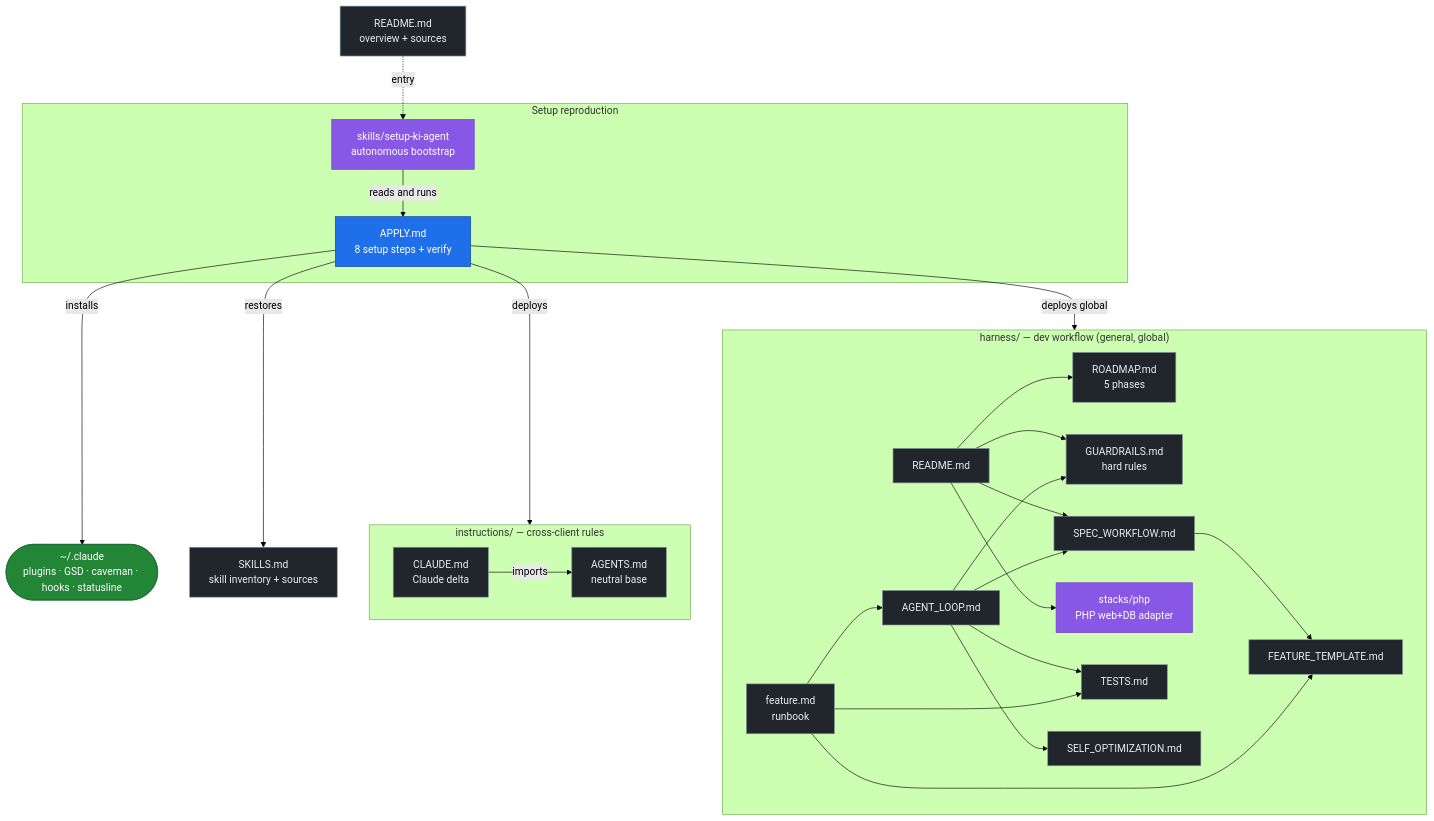
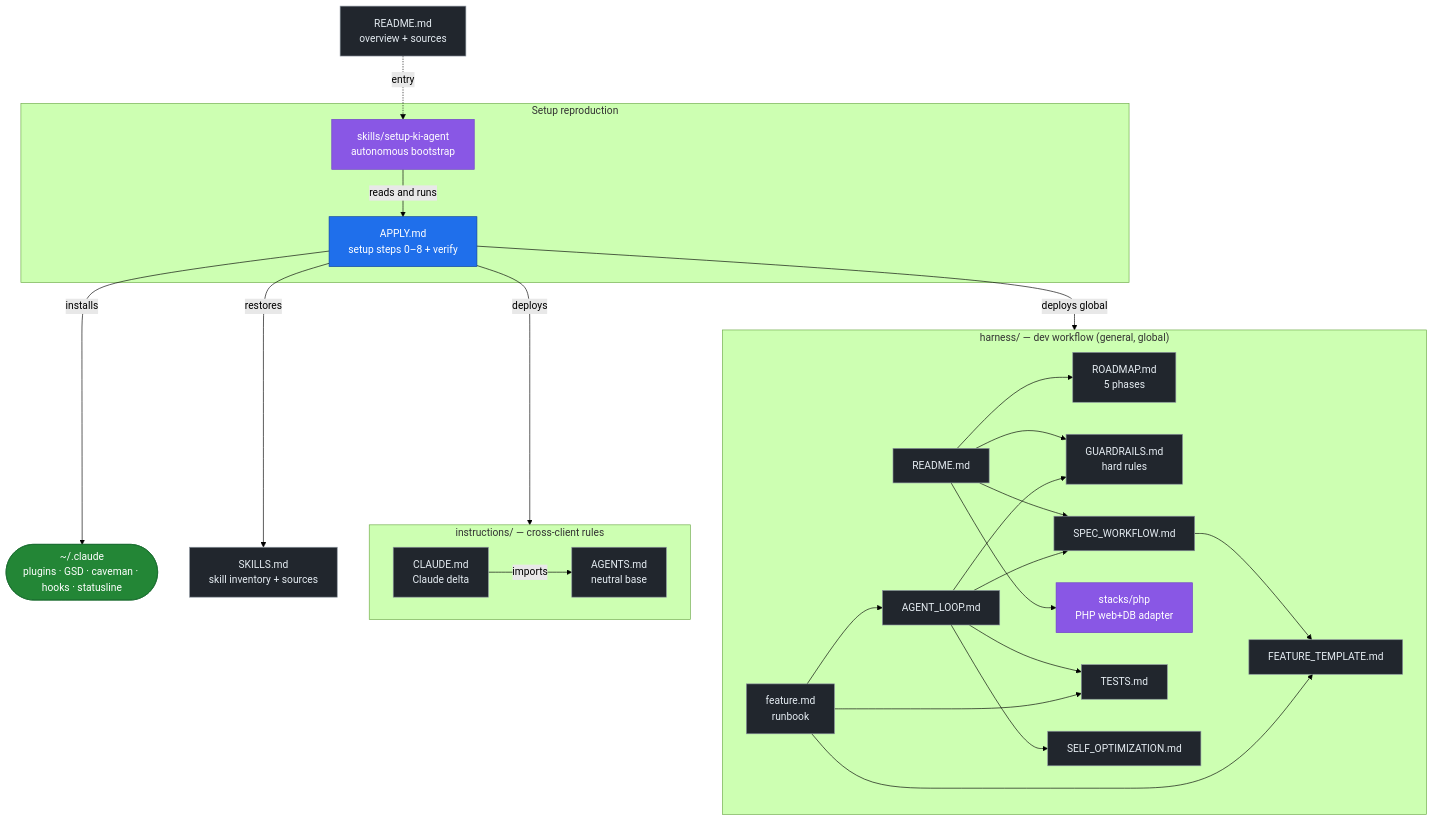
Before and after one commit to derivo/ki-agent-setup: the diagram in README.en.md, drawn with Mermaid (forest theme). The commit also changed other lines of this file and 9 other files, not shown here.

````diff
--- a/README.en.md
+++ b/README.en.md
@@ -129,47 +132,47 @@
 ```mermaid
 flowchart TD
     README["README.md<br/>overview + sources"]:::doc
 
     subgraph SETUP[" Setup reproduction "]
         SKILL["skills/setup-ki-agent<br/>autonomous bootstrap"]:::skill
-        APPLY["APPLY.md<br/>8 setup steps + verify"]:::core
+        APPLY["APPLY.md<br/>setup steps 0–8 + verify"]:::core
         SKILL -->|reads and runs| APPLY
     end
 
     subgraph INSTR[" instructions/ — cross-client rules "]
         AGENTS["AGENTS.md<br/>neutral base"]:::doc
         CLAUDE["CLAUDE.md<br/>Claude delta"]:::doc
         CLAUDE -->|imports| AGENTS
     end
 
     SKILLS["SKILLS.md<br/>skill inventory + sources"]:::doc
     TOOLS(["~/.claude<br/>plugins · GSD · caveman · hooks · statusline"]):::target
 
     subgraph HARN[" harness/ — dev workflow (general, global) "]
         HREADME["README.md"]:::doc
         ROADMAP["ROADMAP.md<br/>5 phases"]:::doc
         GUARD["GUARDRAILS.md<br/>hard rules"]:::doc
         SPECW["SPEC_WORKFLOW.md"]:::doc
         FEATT["FEATURE_TEMPLATE.md"]:::doc
         TESTS["TESTS.md"]:::doc
         LOOP["AGENT_LOOP.md"]:::doc
         SELF["SELF_OPTIMIZATION.md"]:::doc
         FEAT["feature.md<br/>runbook"]:::doc
         PHPAD["stacks/php<br/>PHP web+DB adapter"]:::skill
         HREADME --> ROADMAP & GUARD & SPECW & PHPAD
         SPECW --> FEATT
         LOOP --> GUARD & TESTS & SPECW & SELF
         FEAT --> LOOP & FEATT & TESTS
     end
 
     README -. entry .-> SKILL
     APPLY -->|deploys| INSTR
     APPLY -->|installs| TOOLS
     APPLY -->|restores| SKILLS
     APPLY -->|deploys global| HARN
 
     classDef core fill:#1f6feb,stroke:#0d419d,color:#fff;
     classDef skill fill:#8957e5,stroke:#6e40c9,color:#fff;
     classDef doc fill:#21262d,stroke:#8b949e,color:#e6edf3;
     classDef target fill:#238636,stroke:#196c2e,color:#fff;
 ```
````
